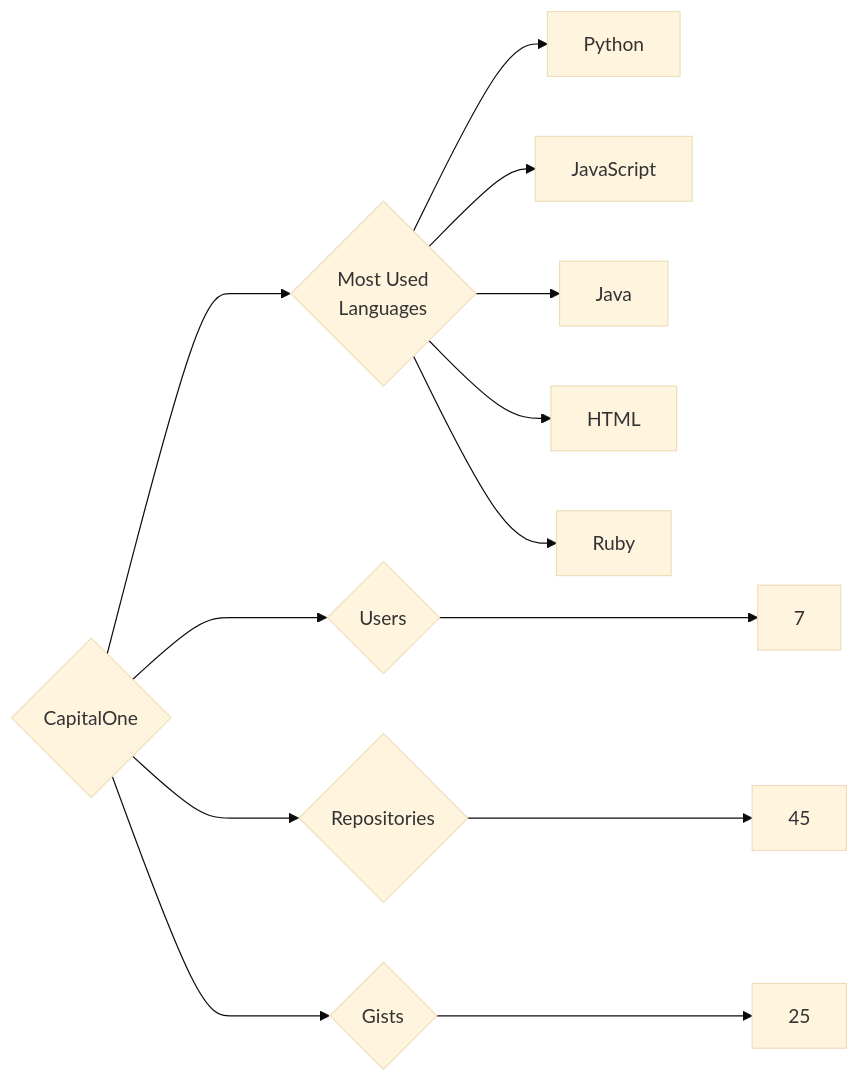
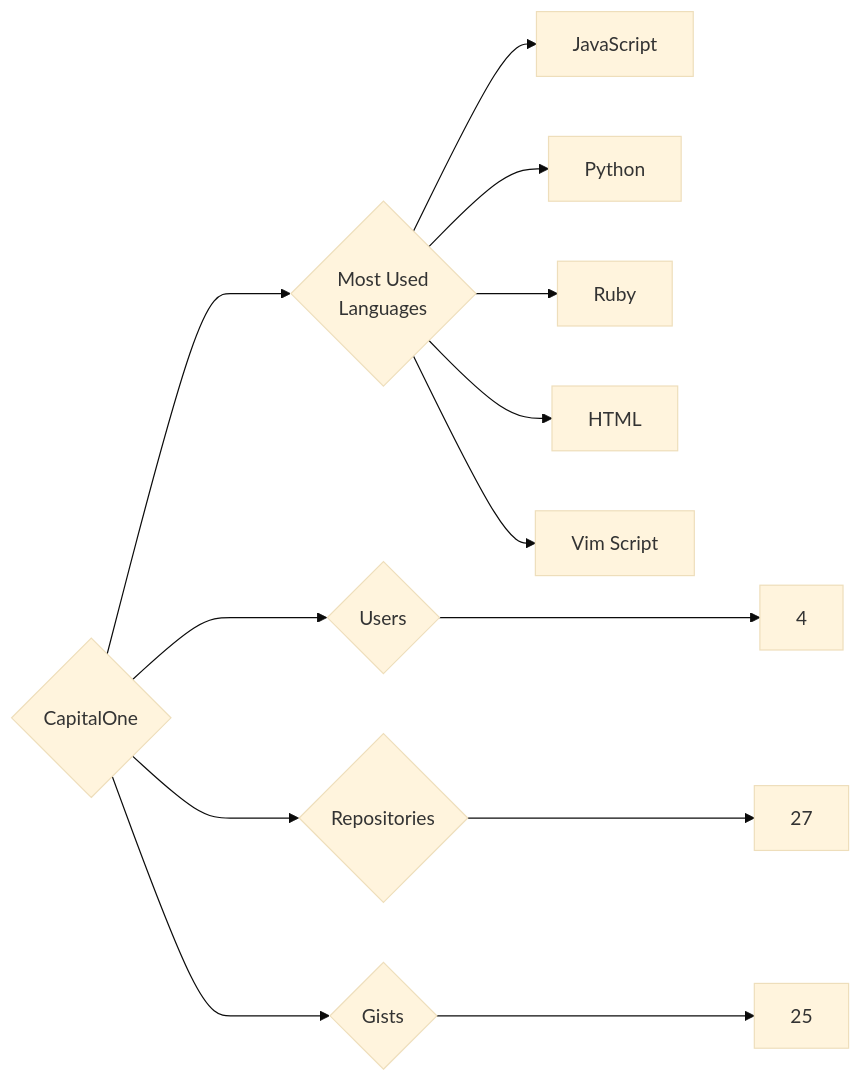
Before and after one commit to trickest/insiders: the diagram in targets/CapitalOne/README.md, drawn with Mermaid (base theme). The commit also changed 1055 other files, not shown here.

````diff
--- a/targets/CapitalOne/README.md
+++ b/targets/CapitalOne/README.md
@@ -3,13 +3,13 @@
 ```mermaid
 graph LR
 COMPANY_NAME{CapitalOne}
-COMPANY_NAME ---> U{Users} ---> UN[7]
-COMPANY_NAME ---> R{Repositories} ---> RN[45]
+COMPANY_NAME ---> U{Users} ---> UN[4]
+COMPANY_NAME ---> R{Repositories} ---> RN[27]
 COMPANY_NAME ---> G{Gists} ---> GN[25]
 COMPANY_NAME ---> ML{Most Used<br>Languages}
+ML --> JavaScript[JavaScript]
 ML --> Python[Python]
-ML --> JavaScript[JavaScript]
-ML --> Java[Java]
+ML --> Ruby[Ruby]
 ML --> HTML[HTML]
-ML --> Ruby[Ruby]
+ML --> Vim_Script[Vim Script]
 ```
````
